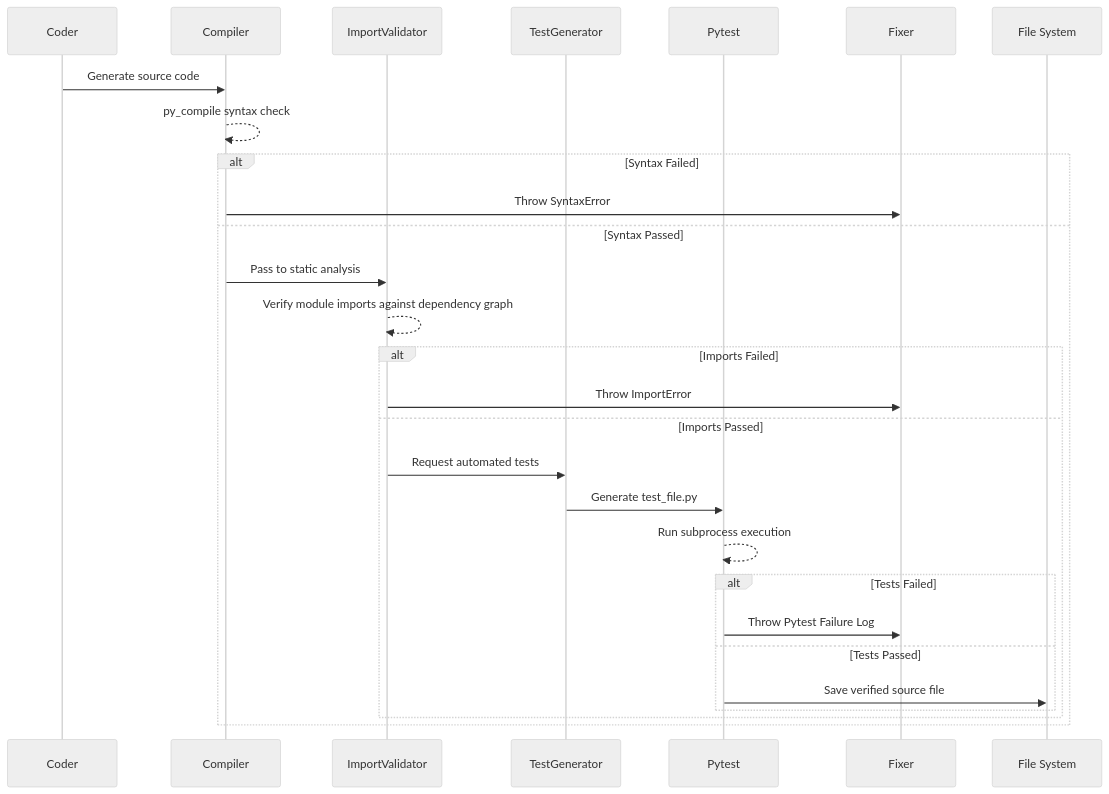
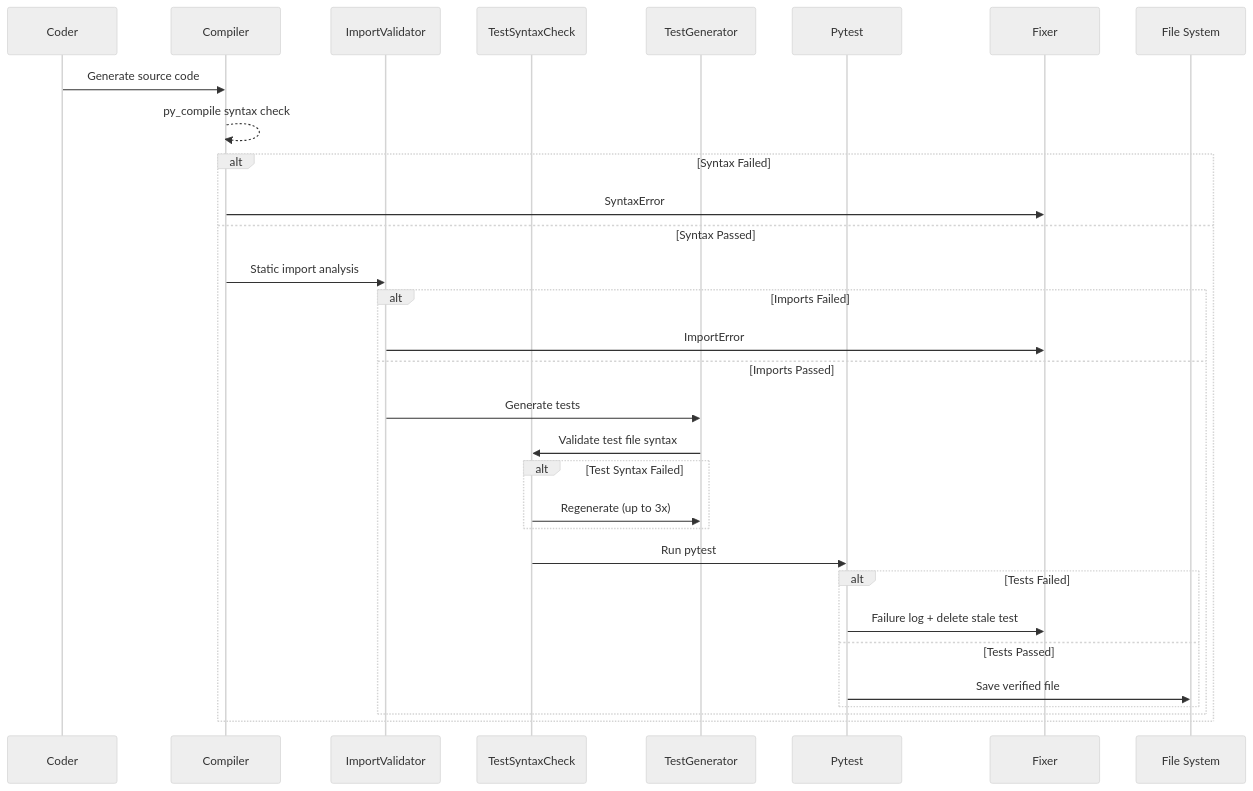
The second of 2 diagrams in README.md (ShreyanshShakya/agentforge), drawn with Mermaid (neutral theme) before and after one commit. The commit also changed other lines of this file and 31 other files, not shown here.

````diff
--- a/README.md
+++ b/README.md
@@ -92,30 +171,33 @@
 ```mermaid
 sequenceDiagram
     participant Coder
     participant Compiler
     participant ImportValidator
+    participant TestSyntaxCheck
     participant TestGenerator
     participant Pytest
     participant Fixer
 
     Coder->>Compiler: Generate source code
     Compiler-->>Compiler: py_compile syntax check
     alt Syntax Failed
-        Compiler->>Fixer: Throw SyntaxError
+        Compiler->>Fixer: SyntaxError
     else Syntax Passed
-        Compiler->>ImportValidator: Pass to static analysis
-        ImportValidator-->>ImportValidator: Verify module imports against dependency graph
+        Compiler->>ImportValidator: Static import analysis
         alt Imports Failed
-            ImportValidator->>Fixer: Throw ImportError
+            ImportValidator->>Fixer: ImportError
         else Imports Passed
-            ImportValidator->>TestGenerator: Request automated tests
-            TestGenerator->>Pytest: Generate test_file.py
-            Pytest-->>Pytest: Run subprocess execution
+            ImportValidator->>TestGenerator: Generate tests
+            TestGenerator->>TestSyntaxCheck: Validate test file syntax
+            alt Test Syntax Failed
+                TestSyntaxCheck->>TestGenerator: Regenerate (up to 3x)
+            end
+            TestSyntaxCheck->>Pytest: Run pytest
             alt Tests Failed
-                Pytest->>Fixer: Throw Pytest Failure Log
+                Pytest->>Fixer: Failure log + delete stale test
             else Tests Passed
-                Pytest->>File System: Save verified source file
+                Pytest->>File System: Save verified file
             end
         end
     end
 ```
````
